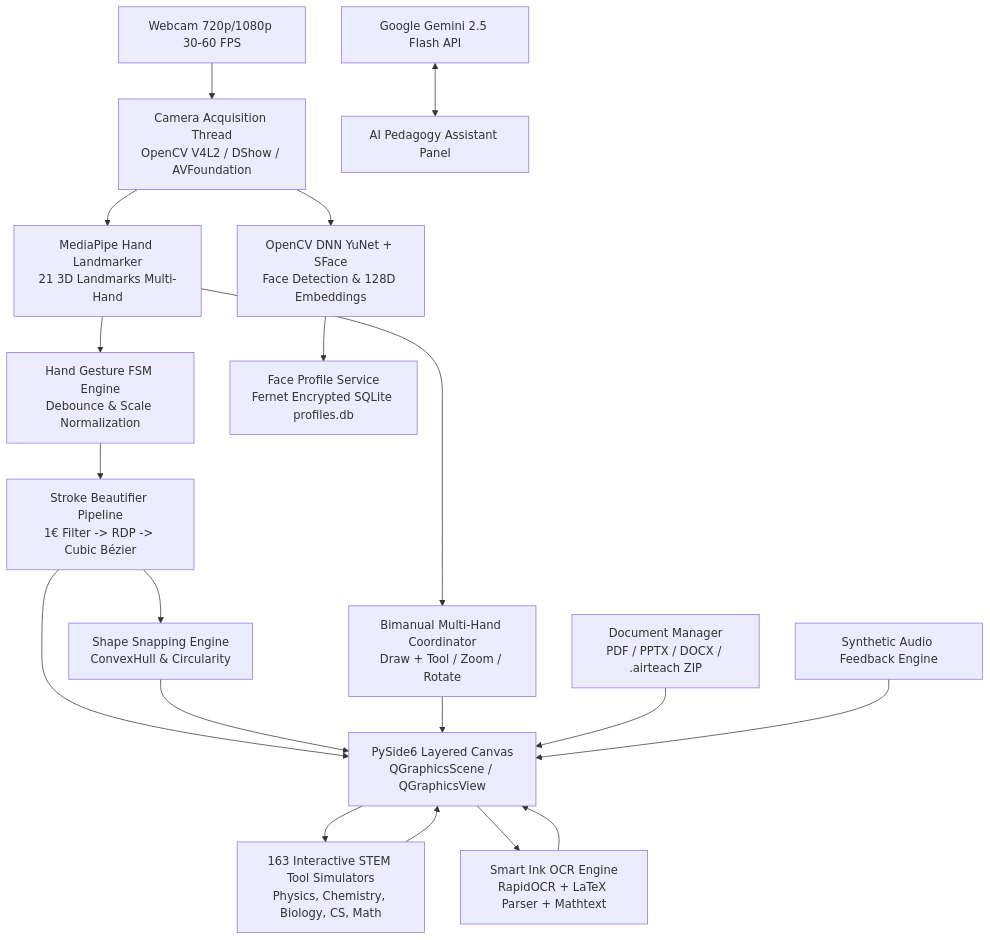
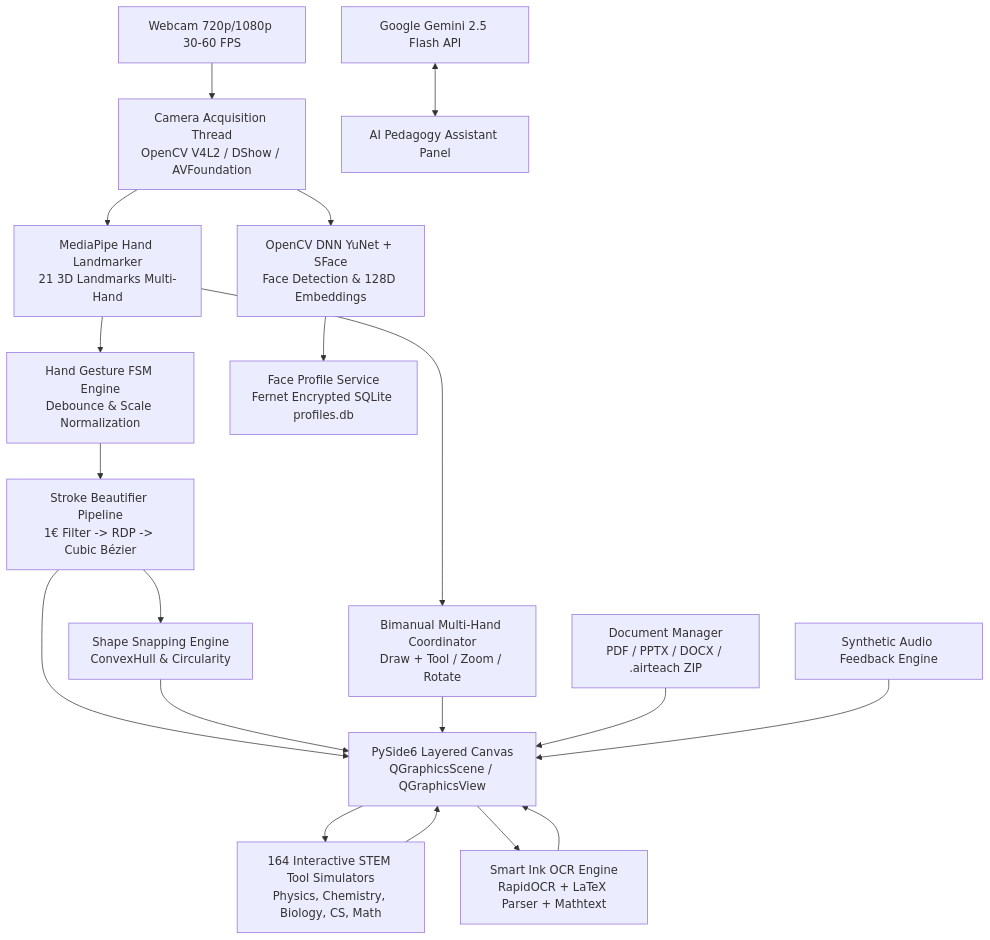
Before and after one commit to ducnt2104/AirTeach-AI: the diagram in README.md, drawn with Mermaid. The commit also changed other lines of this file and 5 other files, not shown here.

````diff
--- a/README.md
+++ b/README.md
@@ -199,28 +199,28 @@
 ```mermaid
 graph TD
     A[Webcam 720p/1080p 30-60 FPS] --> B[Camera Acquisition Thread\nOpenCV V4L2 / DShow / AVFoundation]
     B --> C[MediaPipe Hand Landmarker\n21 3D Landmarks Multi-Hand]
     B --> D[OpenCV DNN YuNet + SFace\nFace Detection & 128D Embeddings]
     
     C --> E[Hand Gesture FSM Engine\nDebounce & Scale Normalization]
     C --> F[Bimanual Multi-Hand Coordinator\nDraw + Tool / Zoom / Rotate]
     
     E --> G[Stroke Beautifier Pipeline\n1€ Filter -> RDP -> Cubic Bézier]
     G --> H[Shape Snapping Engine\nConvexHull & Circularity]
     
     G --> I[PySide6 Layered Canvas\nQGraphicsScene / QGraphicsView]
     H --> I
     F --> I
     
-    I --> J[163 Interactive STEM Tool Simulators\nPhysics, Chemistry, Biology, CS, Math]
+    I --> J[164 Interactive STEM Tool Simulators\nPhysics, Chemistry, Biology, CS, Math]
     J --> I
     
     I --> K[Smart Ink OCR Engine\nRapidOCR + LaTeX Parser + Mathtext]
     K --> I
     
     D --> L[Face Profile Service\nFernet Encrypted SQLite profiles.db]
     
     M[Document Manager\nPDF / PPTX / DOCX / .airteach ZIP] --> I
     N[Google Gemini 2.5 Flash API] <--> O[AI Pedagogy Assistant Panel]
     P[Synthetic Audio Feedback Engine] --> I
 ```
````
